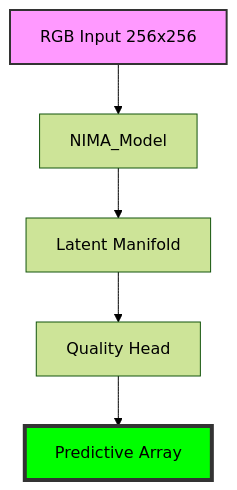
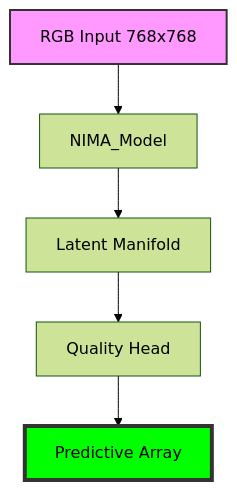
Before and after one commit to lemgenda/lemgendary-pretrained-models: the diagram in nima_authenticity/README.md, drawn with Mermaid (forest theme). The commit also changed other lines of this file and 31 other files, not shown here.

````diff
--- a/nima_authenticity/README.md
+++ b/nima_authenticity/README.md
@@ -16,10 +16,10 @@
 ```mermaid
 graph TD
-    Input[RGB Input 256x256] --> Backbone[NIMA_Model]
+    Input[RGB Input 768x768] --> Backbone[NIMA_Model]
     Backbone --> Manifold[Latent Manifold]
     Manifold --> Head[Quality Head]
     Head --> Output[Predictive Array]
     
     style Input fill:#f9f,stroke:#333,stroke-width:2px
     style Output fill:#00ff00,stroke:#333,stroke-width:4px
 ```
````
